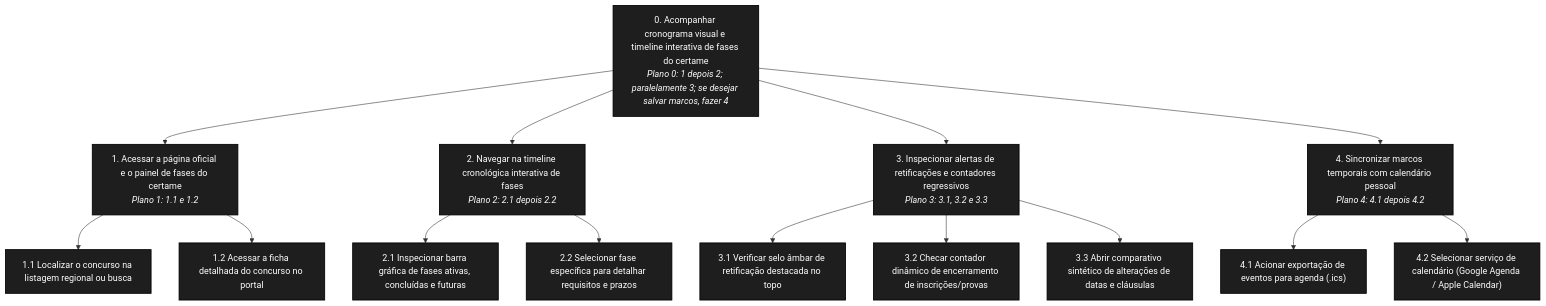
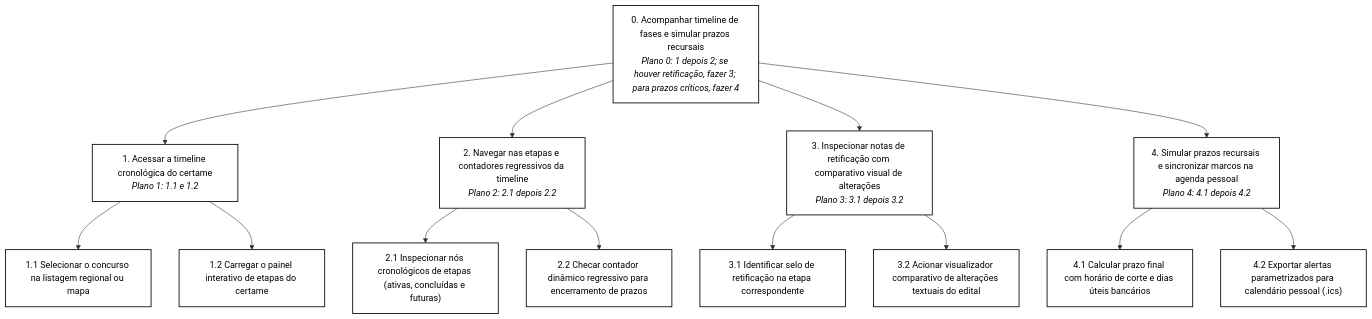
Before and after one commit to Interacao-Humano-Computador/2026.2-Grupo07: the fourth of 8 diagrams in docs/analise-de-requisitos/analise-de-tarefas/hta.md, drawn with Mermaid. The commit also changed other lines of this file and 7 other files, not shown here.

````diff
--- a/docs/analise-de-requisitos/analise-de-tarefas/hta.md
+++ b/docs/analise-de-requisitos/analise-de-tarefas/hta.md
@@ -354,40 +393,38 @@
 ```mermaid
 flowchart TD
-    classDef default fill:#1e1e1e,stroke:#000000,stroke-width:1.5px,color:#ffffff;
-    T0["0. Acompanhar cronograma visual e timeline interativa de fases do certame<br><i>Plano 0: 1 depois 2; paralelamente 3; se desejar salvar marcos, fazer 4</i>"]
+    classDef default fill:#ffffff,stroke:#000000,stroke-width:1.5px,color:#000000;
+    T0["0. Acompanhar timeline de fases e simular prazos recursais<br><i>Plano 0: 1 depois 2; se houver retificação, fazer 3; para prazos críticos, fazer 4</i>"]
     
-    T1["1. Acessar a página oficial e o painel de fases do certame<br><i>Plano 1: 1.1 e 1.2</i>"]
-    T11["1.1 Localizar o concurso na listagem regional ou busca"]
-    T12["1.2 Acessar a ficha detalhada do concurso no portal"]
+    T1["1. Acessar a timeline cronológica do certame<br><i>Plano 1: 1.1 e 1.2</i>"]
+    T11["1.1 Selecionar o concurso na listagem regional ou mapa"]
+    T12["1.2 Carregar o painel interativo de etapas do certame"]
     
-    T2["2. Navegar na timeline cronológica interativa de fases<br><i>Plano 2: 2.1 depois 2.2</i>"]
-    T21["2.1 Inspecionar barra gráfica de fases ativas, concluídas e futuras"]
-    T22["2.2 Selecionar fase específica para detalhar requisitos e prazos"]
+    T2["2. Navegar nas etapas e contadores regressivos da timeline<br><i>Plano 2: 2.1 depois 2.2</i>"]
+    T21["2.1 Inspecionar nós cronológicos de etapas (ativas, concluídas e futuras)"]
+    T22["2.2 Checar contador dinâmico regressivo para encerramento de prazos"]
     
-    T3["3. Inspecionar alertas de retificações e contadores regressivos<br><i>Plano 3: 3.1, 3.2 e 3.3</i>"]
-    T31["3.1 Verificar selo âmbar de retificação destacada no topo"]
-    T32["3.2 Checar contador dinâmico de encerramento de inscrições/provas"]
-    T33["3.3 Abrir comparativo sintético de alterações de datas e cláusulas"]
+    T3["3. Inspecionar notas de retificação com comparativo visual de alterações<br><i>Plano 3: 3.1 depois 3.2</i>"]
+    T31["3.1 Identificar selo de retificação na etapa correspondente"]
+    T32["3.2 Acionar visualizador comparativo de alterações textuais do edital"]
     
-    T4["4. Sincronizar marcos temporais com calendário pessoal<br><i>Plano 4: 4.1 depois 4.2</i>"]
-    T41["4.1 Acionar exportação de eventos para agenda (.ics)"]
-    T42["4.2 Selecionar serviço de calendário (Google Agenda / Apple Calendar)"]
+    T4["4. Simular prazos recursais e sincronizar marcos na agenda pessoal<br><i>Plano 4: 4.1 depois 4.2</i>"]
+    T41["4.1 Calcular prazo final com horário de corte e dias úteis bancários"]
+    T42["4.2 Exportar alertas parametrizados para calendário pessoal (.ics)"]
 
     T0 --> T1
     T0 --> T2
     T0 --> T3
     T0 --> T4
     
     T1 --> T11
     T1 --> T12
     
     T2 --> T21
     T2 --> T22
     
     T3 --> T31
     T3 --> T32
-    T3 --> T33
     
     T4 --> T41
     T4 --> T42
 ```
````
